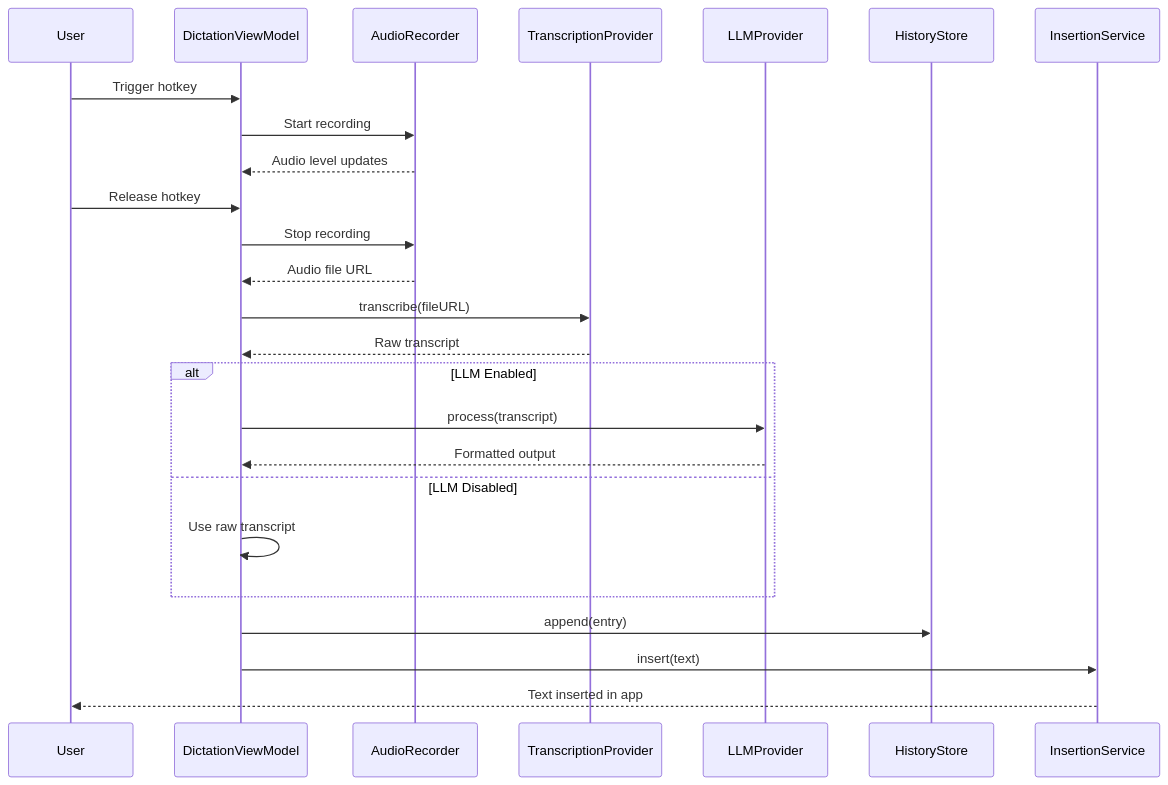
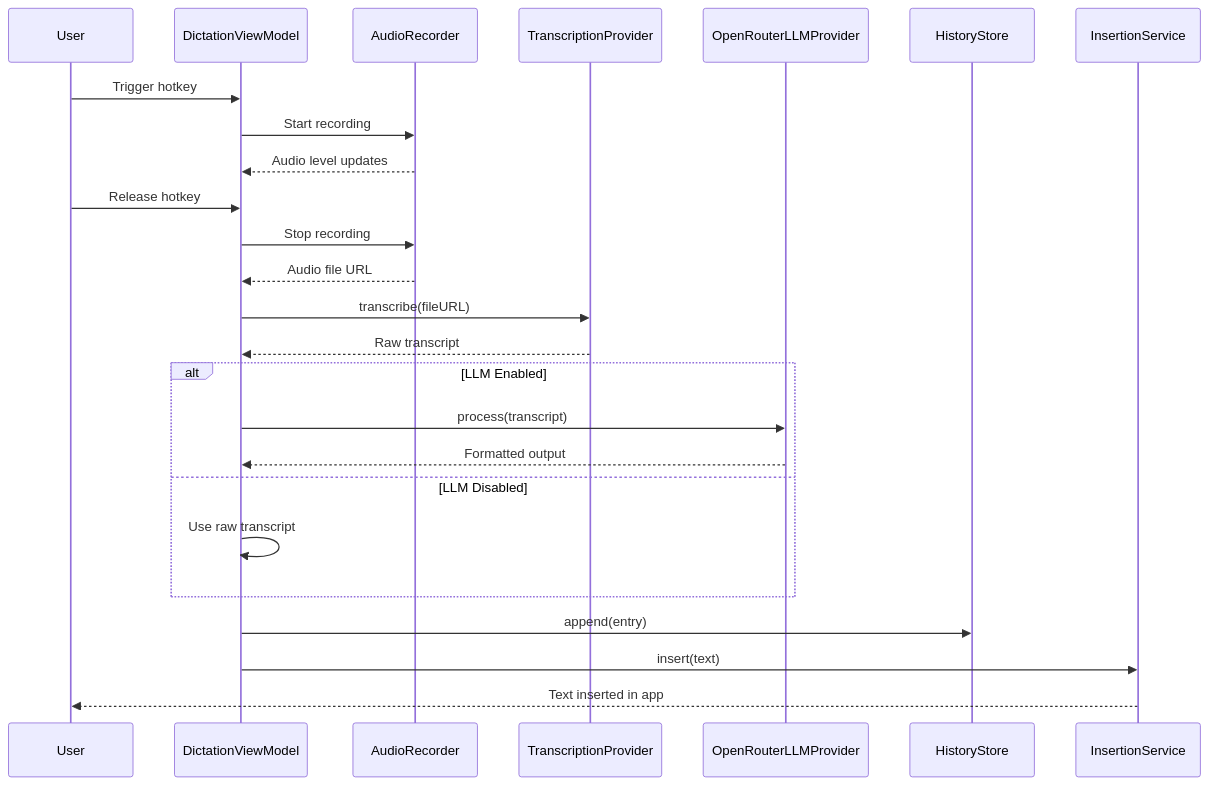
Before and after one commit to dkapo88/WonderWhisper-macOS: diagram 11 of 13 in datamodel.md, drawn with Mermaid. The commit also changed other lines of this file and 27 other files, not shown here.

````diff
--- a/datamodel.md
+++ b/datamodel.md
@@ -761,31 +747,31 @@
 ```mermaid
 sequenceDiagram
     participant User
     participant DictationViewModel
     participant AudioRecorder
     participant TranscriptionProvider
-    participant LLMProvider
+    participant OpenRouterLLMProvider
     participant HistoryStore
     participant InsertionService
     
     User->>DictationViewModel: Trigger hotkey
     DictationViewModel->>AudioRecorder: Start recording
     AudioRecorder-->>DictationViewModel: Audio level updates
     User->>DictationViewModel: Release hotkey
     DictationViewModel->>AudioRecorder: Stop recording
     AudioRecorder-->>DictationViewModel: Audio file URL
     
     DictationViewModel->>TranscriptionProvider: transcribe(fileURL)
     TranscriptionProvider-->>DictationViewModel: Raw transcript
     
     alt LLM Enabled
-        DictationViewModel->>LLMProvider: process(transcript)
-        LLMProvider-->>DictationViewModel: Formatted output
+        DictationViewModel->>OpenRouterLLMProvider: process(transcript)
+        OpenRouterLLMProvider-->>DictationViewModel: Formatted output
     else LLM Disabled
         DictationViewModel->>DictationViewModel: Use raw transcript
     end
     
     DictationViewModel->>HistoryStore: append(entry)
     DictationViewModel->>InsertionService: insert(text)
     InsertionService-->>User: Text inserted in app
 ```
````
